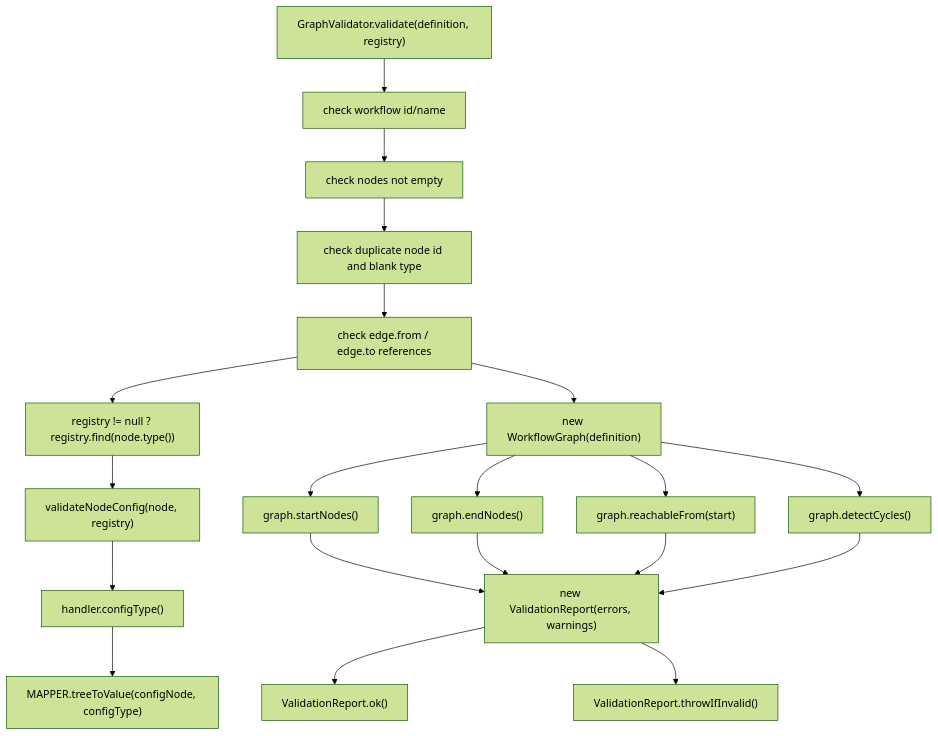
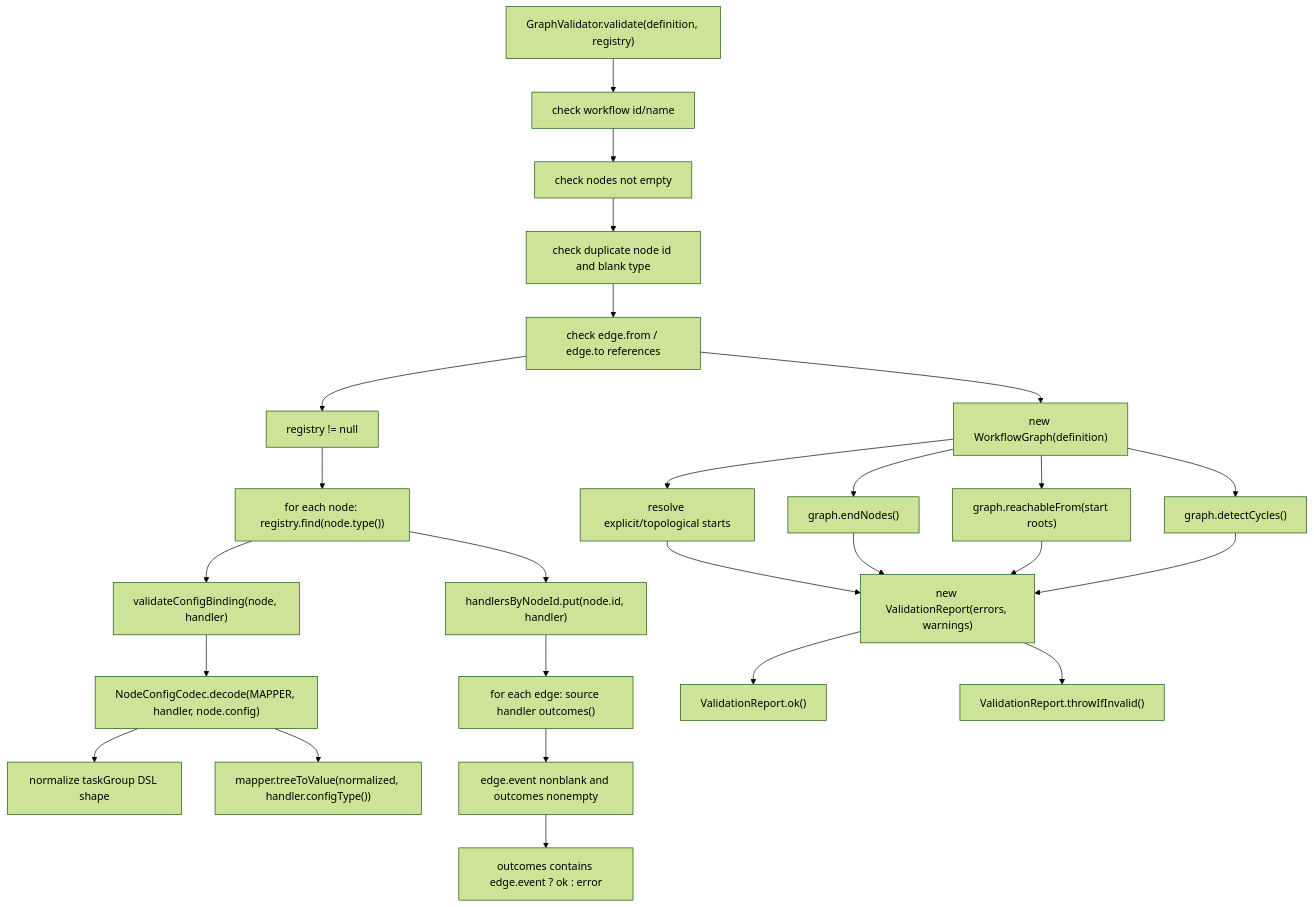
The fifth of 23 diagrams in infrastructure-component-workflow-core/docs/CALL_GRAPH.md (michelleclar/Infrastructure), drawn with Mermaid (forest theme) before and after one commit. The commit also changed other lines of this file and 17 other files, not shown here.

````diff
--- a/infrastructure-component-workflow-core/docs/CALL_GRAPH.md
+++ b/infrastructure-component-workflow-core/docs/CALL_GRAPH.md
@@ -166,22 +182,28 @@
 ```mermaid
 flowchart TD
     A["GraphValidator.validate(definition, registry)"] --> B["check workflow id/name"]
     B --> C["check nodes not empty"]
     C --> D["check duplicate node id and blank type"]
     D --> E["check edge.from / edge.to references"]
-    E --> F["registry != null ? registry.find(node.type())"]
-    F --> G["validateNodeConfig(node, registry)"]
-    G --> H["handler.configType()"]
-    H --> I["MAPPER.treeToValue(configNode, configType)"]
-    E --> J["new WorkflowGraph(definition)"]
-    J --> K["graph.startNodes()"]
-    J --> L["graph.endNodes()"]
-    J --> M["graph.reachableFrom(start)"]
-    J --> N["graph.detectCycles()"]
-    K --> O["new ValidationReport(errors, warnings)"]
-    L --> O
-    M --> O
-    N --> O
-    O --> P["ValidationReport.ok()"]
-    O --> Q["ValidationReport.throwIfInvalid()"]
+    E --> F["registry != null"]
+    F --> G["for each node: registry.find(node.type())"]
+    G --> H["validateConfigBinding(node, handler)"]
+    H --> I["NodeConfigCodec.decode(MAPPER, handler, node.config)"]
+    I --> I1["normalize taskGroup DSL shape"]
+    I --> I2["mapper.treeToValue(normalized, handler.configType())"]
+    G --> J["handlersByNodeId.put(node.id, handler)"]
+    J --> K["for each edge: source handler outcomes()"]
+    K --> L["edge.event nonblank and outcomes nonempty"]
+    L --> M["outcomes contains edge.event ? ok : error"]
+    E --> N["new WorkflowGraph(definition)"]
+    N --> O["resolve explicit/topological starts"]
+    N --> P["graph.endNodes()"]
+    N --> Q["graph.reachableFrom(start roots)"]
+    N --> R["graph.detectCycles()"]
+    O --> S["new ValidationReport(errors, warnings)"]
+    P --> S
+    Q --> S
+    R --> S
+    S --> T["ValidationReport.ok()"]
+    S --> U["ValidationReport.throwIfInvalid()"]
 ```
````
